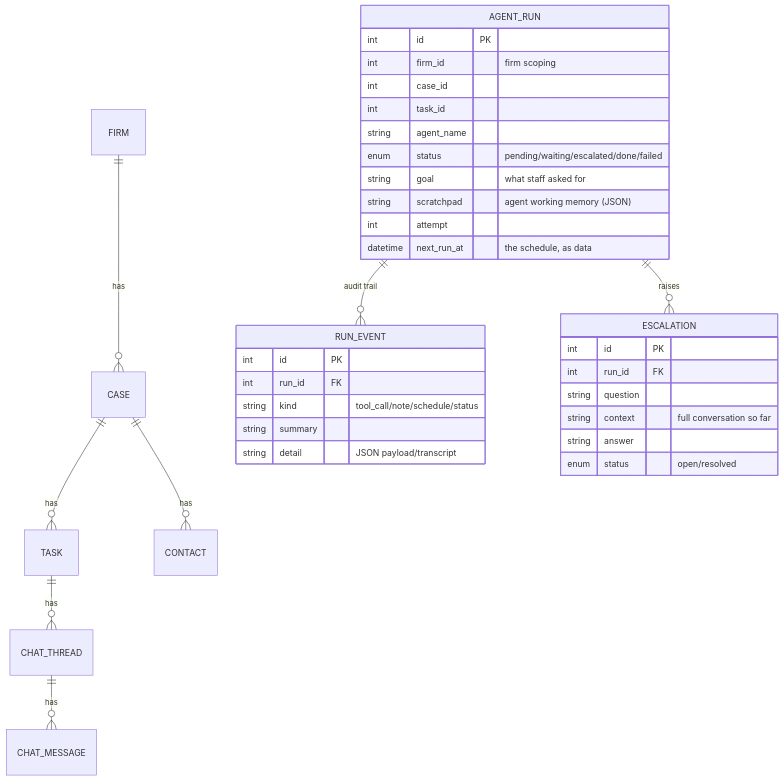
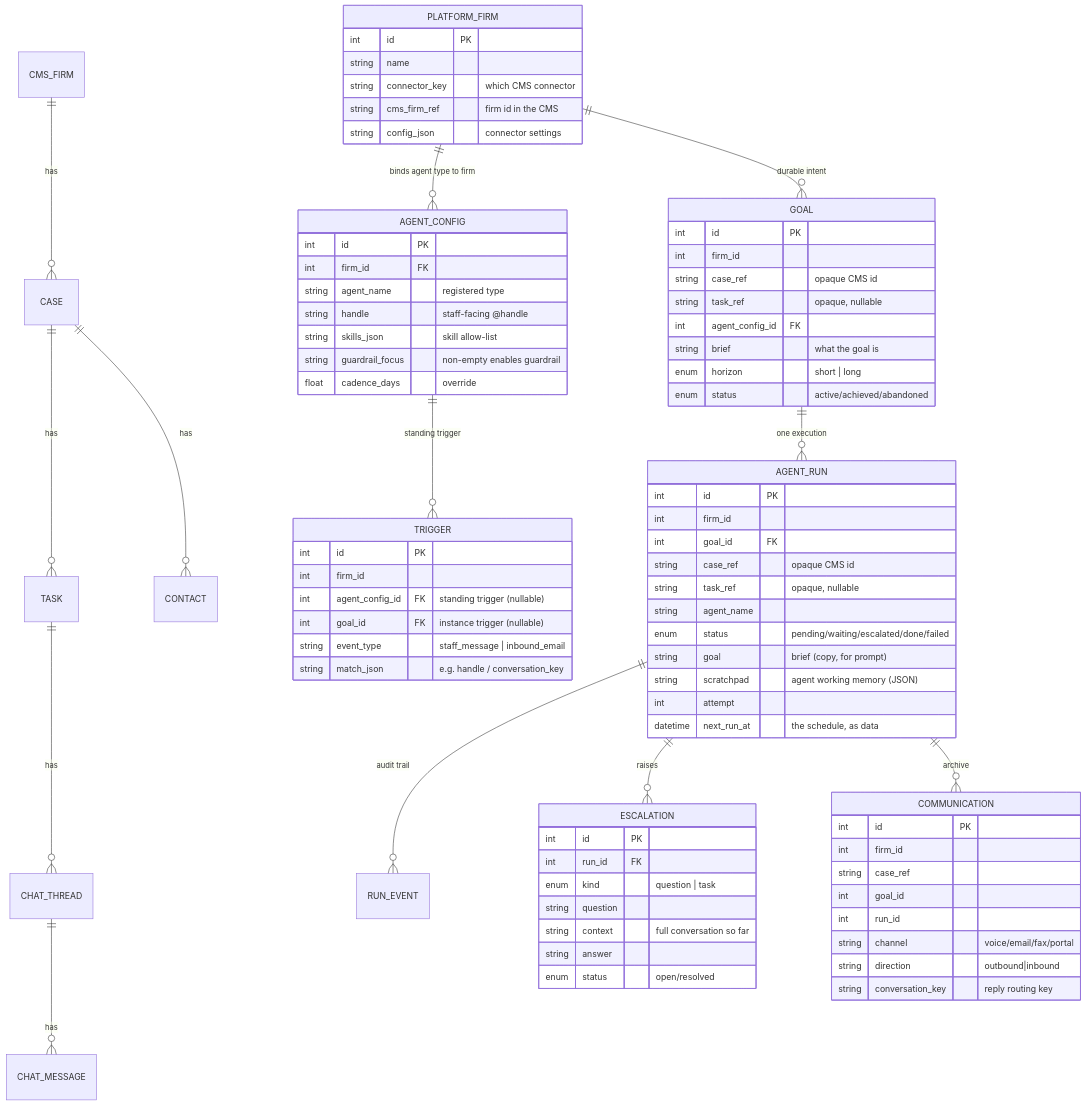
One commit to rehanvipin/aigent-dploy changed the second of 8 diagrams in GUIDE.md. Above: the diagram before and after it, drawn with Mermaid. The commit also changed other lines of this file and 30 other files, not shown here.

Commit message:
redesign architecture

````diff
--- a/GUIDE.md
+++ b/GUIDE.md
@@ -106,36 +134,80 @@
 ```mermaid
 erDiagram
-    FIRM ||--o{ CASE : has
+    CMS_FIRM ||--o{ CASE : has
     CASE ||--o{ TASK : has
     CASE ||--o{ CONTACT : has
     TASK ||--o{ CHAT_THREAD : has
     CHAT_THREAD ||--o{ CHAT_MESSAGE : has
 
+    PLATFORM_FIRM ||--o{ AGENT_CONFIG : "binds agent type to firm"
+    AGENT_CONFIG ||--o{ TRIGGER : "standing trigger"
+    PLATFORM_FIRM ||--o{ GOAL : "durable intent"
+    GOAL ||--o{ AGENT_RUN : "one execution"
     AGENT_RUN ||--o{ RUN_EVENT : "audit trail"
     AGENT_RUN ||--o{ ESCALATION : raises
+    AGENT_RUN ||--o{ COMMUNICATION : "archive"
 
+    PLATFORM_FIRM {
+        int id PK
+        string name
+        string connector_key "which CMS connector"
+        string cms_firm_ref "firm id in the CMS"
+        string config_json "connector settings"
+    }
+    AGENT_CONFIG {
+        int id PK
+        int firm_id FK
+        string agent_name "registered type"
+        string handle "staff-facing @handle"
+        string skills_json "skill allow-list"
+        string guardrail_focus "non-empty enables guardrail"
+        float cadence_days "override"
+    }
+    GOAL {
+        int id PK
+        int firm_id
+        string case_ref "opaque CMS id"
+        string task_ref "opaque, nullable"
+        int agent_config_id FK
+        string brief "what the goal is"
+        enum horizon "short | long"
+        enum status "active/achieved/abandoned"
+    }
     AGENT_RUN {
         int id PK
-        int firm_id "firm scoping"
-        int case_id
-        int task_id
+        int firm_id
+        int goal_id FK
+        string case_ref "opaque CMS id"
+        string task_ref "opaque, nullable"
         string agent_name
         enum status "pending/waiting/escalated/done/failed"
-        string goal "what staff asked for"
+        string goal "brief (copy, for prompt)"
         string scratchpad "agent working memory (JSON)"
         int attempt
         datetime next_run_at "the schedule, as data"
     }
-    RUN_EVENT {
+    TRIGGER {
         int id PK
-        int run_id FK
-        string kind "tool_call/note/schedule/status"
-        string summary
-        string detail "JSON payload/transcript"
+        int firm_id
+        int agent_config_id FK "standing trigger (nullable)"
+        int goal_id FK "instance trigger (nullable)"
+        string event_type "staff_message | inbound_email"
+        string match_json "e.g. handle / conversation_key"
+    }
+    COMMUNICATION {
+        int id PK
+        int firm_id
+        string case_ref
+        int goal_id
+        int run_id
+        string channel "voice/email/fax/portal"
+        string direction "outbound|inbound"
+        string conversation_key "reply routing key"
     }
     ESCALATION {
         int id PK
         int run_id FK
+        enum kind "question | task"
         string question
         string context "full conversation so far"
         string answer
````
